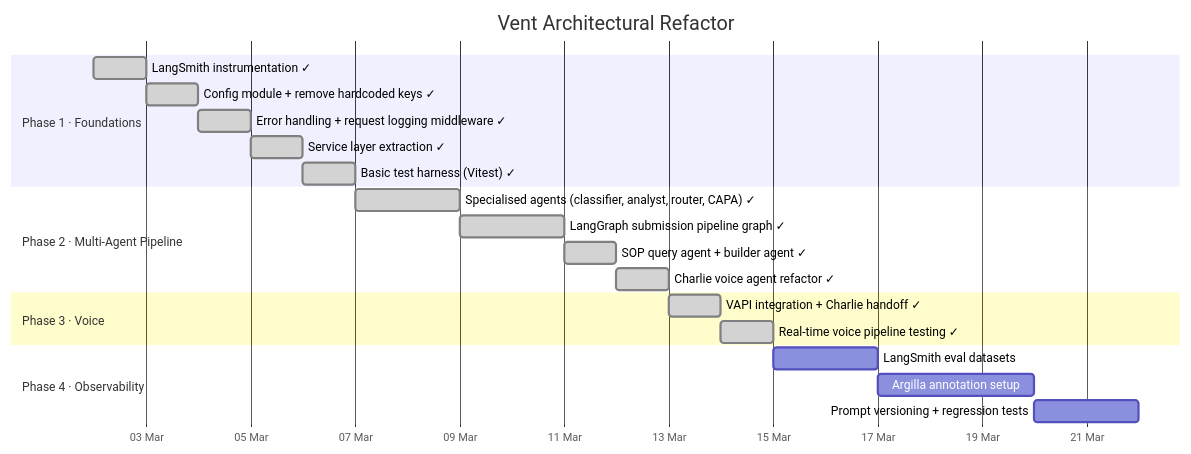
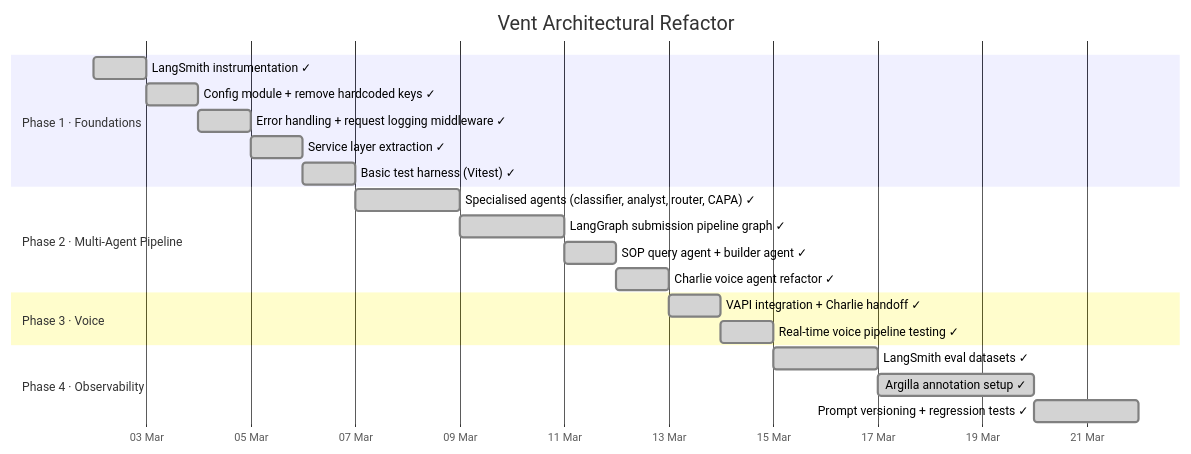
One commit to Doherd33/vent changed the first of 2 diagrams in project/ROADMAP.md. Above: the diagram before and after it, drawn with Mermaid. The commit also changed 25 other files, not shown here.

First line of the commit message:
Phase 4: Observability — eval datasets, Argilla export, prompt versioning

````diff
--- a/project/ROADMAP.md
+++ b/project/ROADMAP.md
@@ -10,28 +10,28 @@
 ```mermaid
 gantt
     title Vent Architectural Refactor
     dateFormat  YYYY-MM-DD
     axisFormat  %d %b
 
     section Phase 1 · Foundations
     LangSmith instrumentation ✓        :done, p1a, 2026-03-02, 1d
     Config module + remove hardcoded keys ✓ :done, p1b, after p1a, 1d
     Error handling + request logging middleware ✓ :done, p1d, after p1b, 1d
     Service layer extraction ✓         :done, p1c, after p1d, 1d
     Basic test harness (Vitest) ✓      :done, p1e, after p1c, 1d
 
     section Phase 2 · Multi-Agent Pipeline
     Specialised agents (classifier, analyst, router, CAPA) ✓ :done, p2a, after p1e, 2d
     LangGraph submission pipeline graph ✓ :done, p2b, after p2a, 2d
     SOP query agent + builder agent ✓  :done, p2c, after p2b, 1d
     Charlie voice agent refactor ✓     :done, p2d, after p2c, 1d
 
     section Phase 3 · Voice
     VAPI integration + Charlie handoff ✓ :done, p3a, after p2d, 1d
     Real-time voice pipeline testing ✓ :done, p3b, after p3a, 1d
 
     section Phase 4 · Observability
-    LangSmith eval datasets            :p4a, after p3b, 2d
-    Argilla annotation setup           :p4b, after p4a, 3d
-    Prompt versioning + regression tests :p4c, after p4b, 2d
+    LangSmith eval datasets ✓          :done, p4a, after p3b, 2d
+    Argilla annotation setup ✓         :done, p4b, after p4a, 3d
+    Prompt versioning + regression tests ✓ :done, p4c, after p4b, 2d
 ```
````
